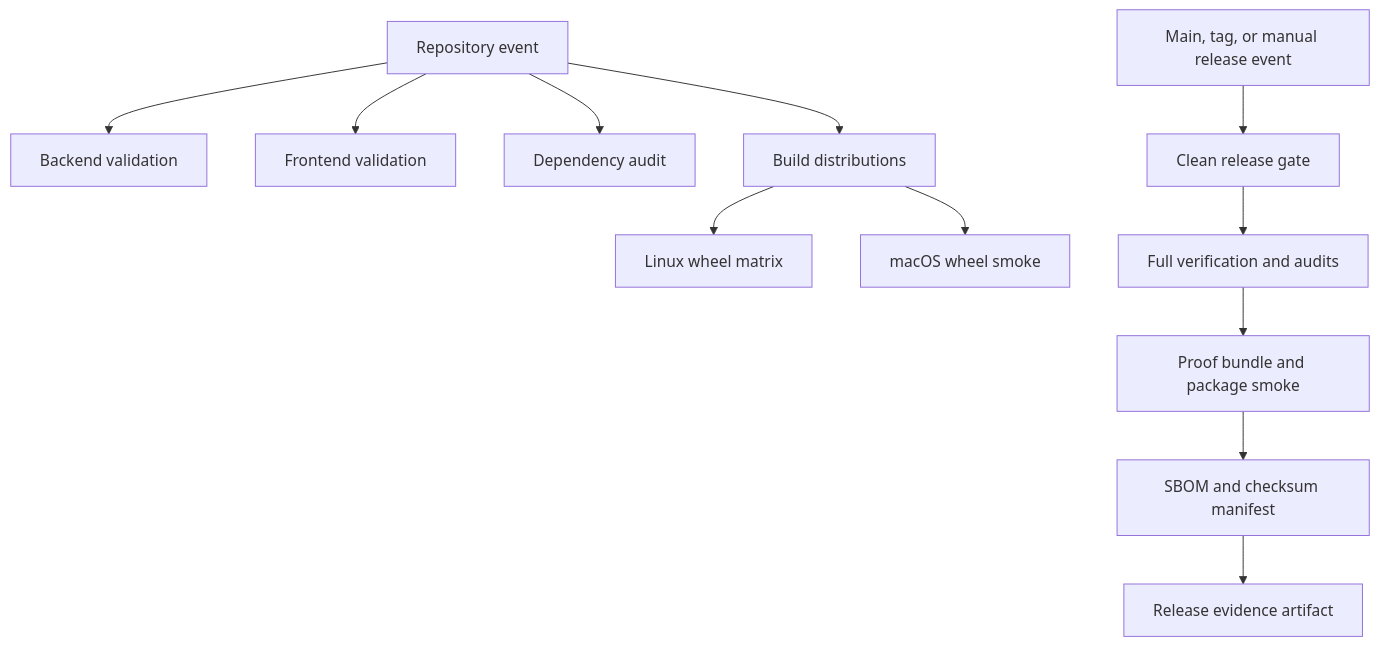
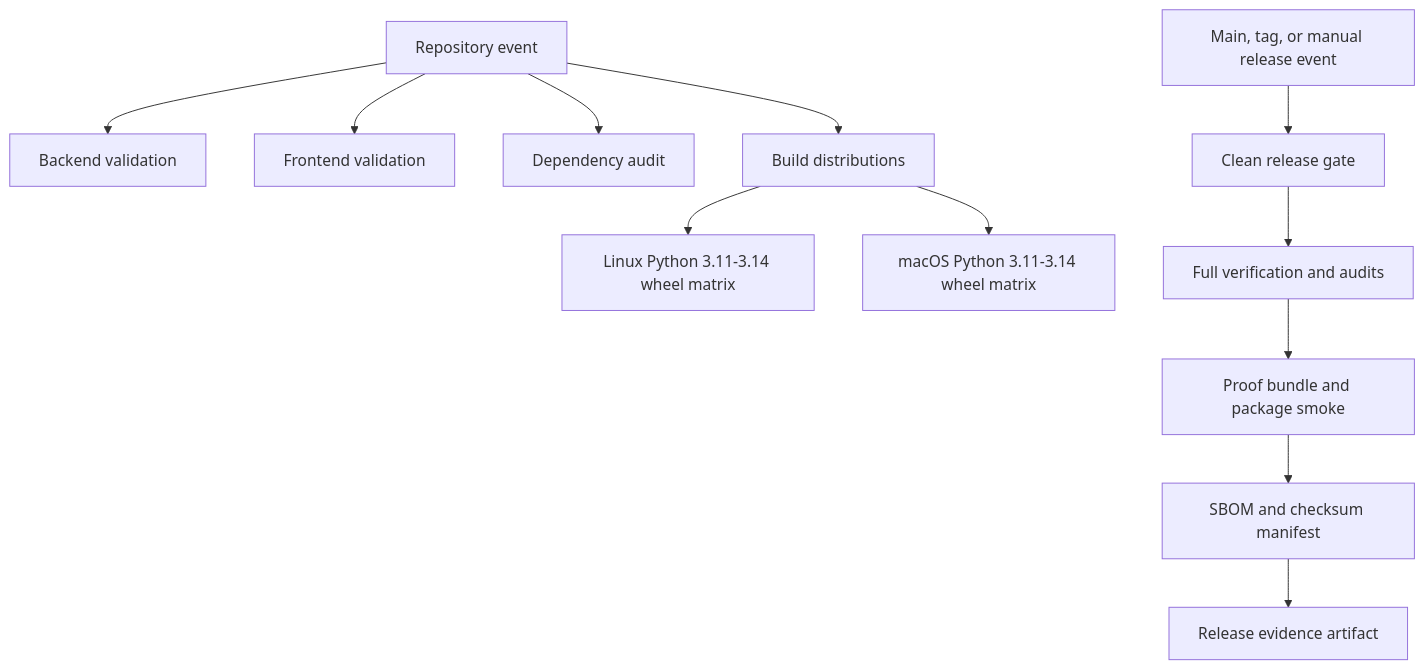
Before and after one commit to Yurii201811/tasksignal: the diagram in spec/spec-process-cicd-tasksignal-release-quality.md, drawn with Mermaid. The commit also changed other lines of this file and 8 other files, not shown here.

````diff
--- a/spec/spec-process-cicd-tasksignal-release-quality.md
+++ b/spec/spec-process-cicd-tasksignal-release-quality.md
@@ -25,14 +29,14 @@
 ```mermaid
 graph TD
     A["Repository event"] --> B["Backend validation"]
     A --> C["Frontend validation"]
     A --> D["Dependency audit"]
     A --> E["Build distributions"]
-    E --> F["Linux wheel matrix"]
-    E --> G["macOS wheel smoke"]
+    E --> F["Linux Python 3.11-3.14 wheel matrix"]
+    E --> G["macOS Python 3.11-3.14 wheel matrix"]
     H["Main, tag, or manual release event"] --> I["Clean release gate"]
     I --> J["Full verification and audits"]
     J --> K["Proof bundle and package smoke"]
     K --> L["SBOM and checksum manifest"]
     L --> M["Release evidence artifact"]
 ```
````
